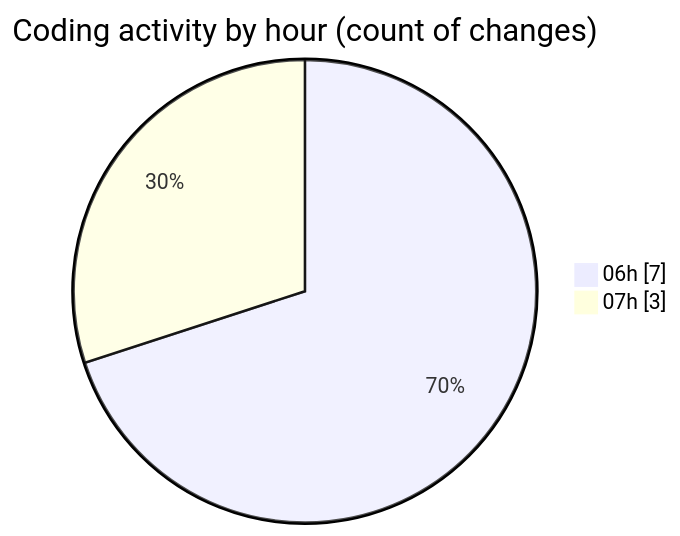
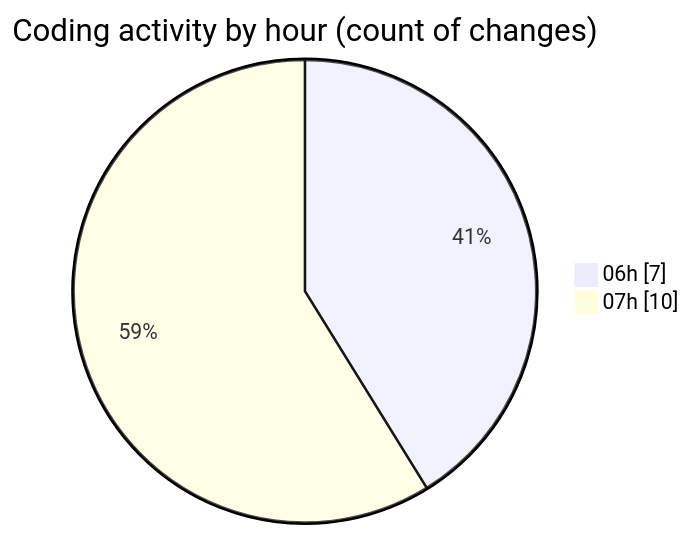
One commit to vahidmafi/code-tracking changed the second of 2 diagrams in 2025-04-18/zeytoon/README.md. Above: the diagram before and after it, drawn with Mermaid. The commit also changed other lines of this file and 1 other file, not shown here.

````diff
--- a/2025-04-18/zeytoon/README.md
+++ b/2025-04-18/zeytoon/README.md
@@ -31,6 +34,6 @@
 ```mermaid
 pie showData
 title Coding activity by hour (count of changes)
 "06h" : 7
-"07h" : 3
+"07h" : 10
 ```
````
